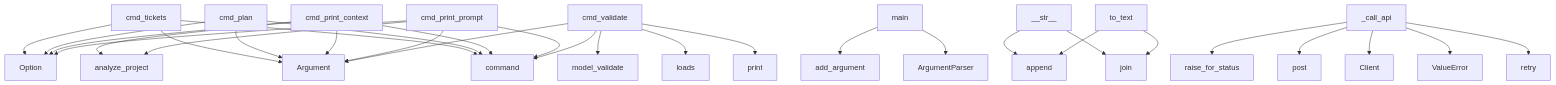
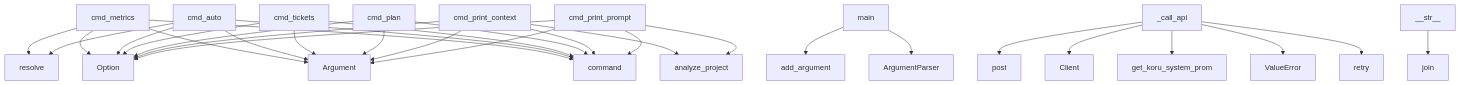
The diagram in project/context.md (semcod/nxdo), drawn with Mermaid before and after one commit. The commit also changed other lines of this file and 30 other files, not shown here.

````diff
--- a/project/context.md
+++ b/project/context.md
@@ -356,33 +441,33 @@
 ```mermaid
 graph TD
+    cmd_metrics --> command
+    cmd_metrics --> Argument
+    cmd_metrics --> Option
+    cmd_metrics --> resolve
+    cmd_auto --> command
+    cmd_auto --> Argument
+    cmd_auto --> Option
+    cmd_auto --> resolve
     cmd_tickets --> command
     cmd_tickets --> Argument
     cmd_tickets --> Option
     main --> ArgumentParser
     main --> add_argument
     cmd_plan --> command
     cmd_plan --> Argument
     cmd_plan --> Option
     cmd_print_context --> command
     cmd_print_context --> Argument
     cmd_print_context --> Option
     cmd_print_context --> analyze_project
     cmd_print_prompt --> command
     cmd_print_prompt --> Argument
     cmd_print_prompt --> Option
     cmd_print_prompt --> analyze_project
-    __str__ --> join
-    __str__ --> append
     _call_api --> retry
     _call_api --> ValueError
+    _call_api --> get_koru_system_prom
     _call_api --> Client
     _call_api --> post
-    _call_api --> raise_for_status
-    cmd_validate --> command
-    cmd_validate --> Argument
-    cmd_validate --> print
-    cmd_validate --> loads
-    cmd_validate --> model_validate
-    to_text --> join
-    to_text --> append
+    __str__ --> join
 ```
````
